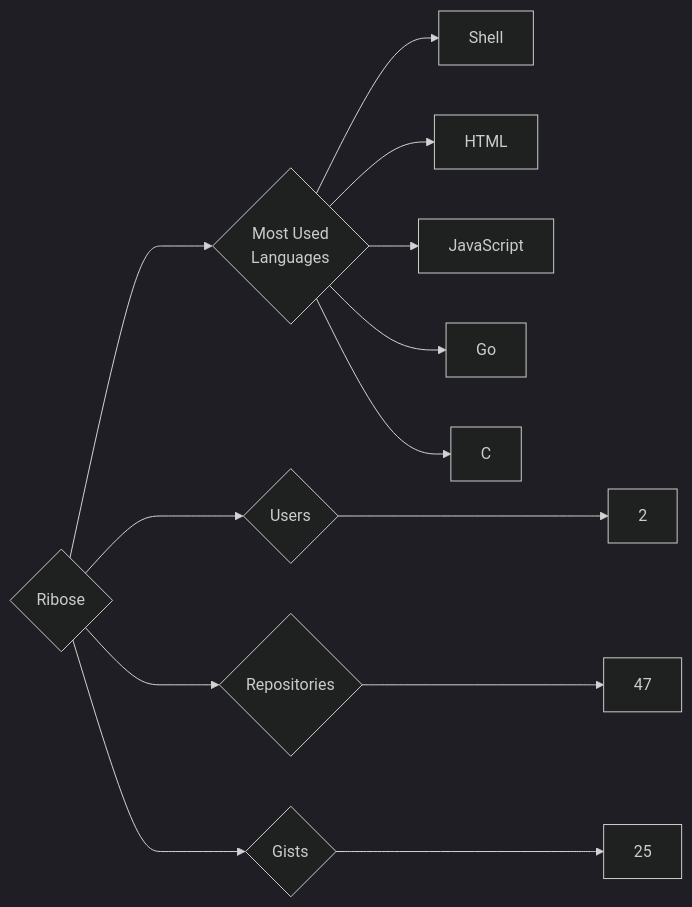
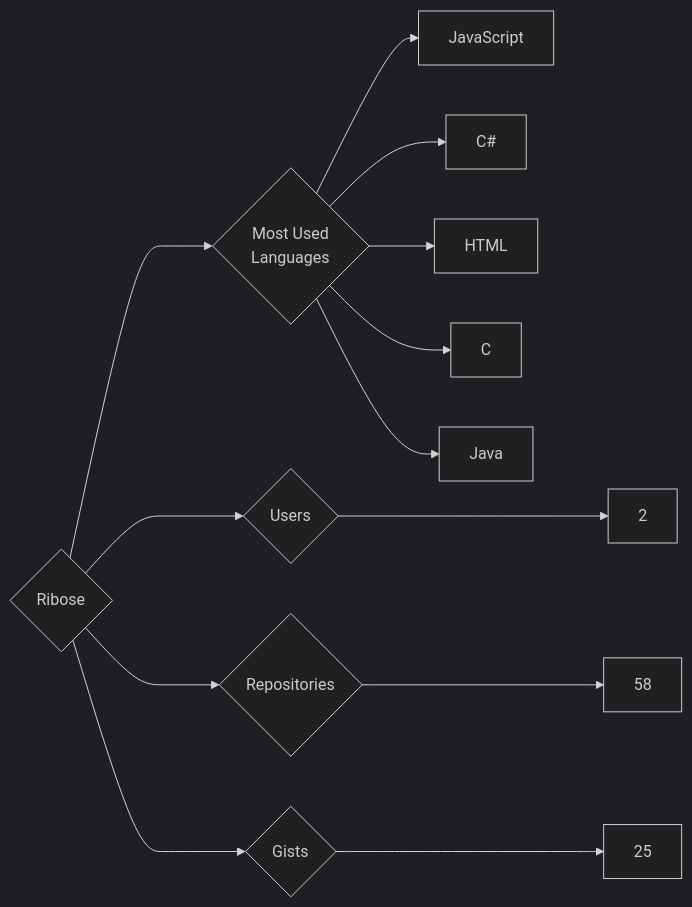
One commit to trickest/insiders changed the diagram in targets/Ribose/README.md. Above: the diagram before and after it, drawn with Mermaid (dark theme). The commit also changed 1389 other files, not shown here.

````diff
--- a/targets/Ribose/README.md
+++ b/targets/Ribose/README.md
@@ -3,13 +3,13 @@
 ```mermaid
 graph LR
 COMPANY_NAME{Ribose}
 COMPANY_NAME ---> U{Users} ---> UN[2]
-COMPANY_NAME ---> R{Repositories} ---> RN[47]
+COMPANY_NAME ---> R{Repositories} ---> RN[58]
 COMPANY_NAME ---> G{Gists} ---> GN[25]
 COMPANY_NAME ---> ML{Most Used<br>Languages}
-ML --> Shell[Shell]
+ML --> JavaScript[JavaScript]
+ML --> C#[C#]
 ML --> HTML[HTML]
-ML --> JavaScript[JavaScript]
-ML --> Go[Go]
 ML --> C[C]
+ML --> Java[Java]
 ```
````
